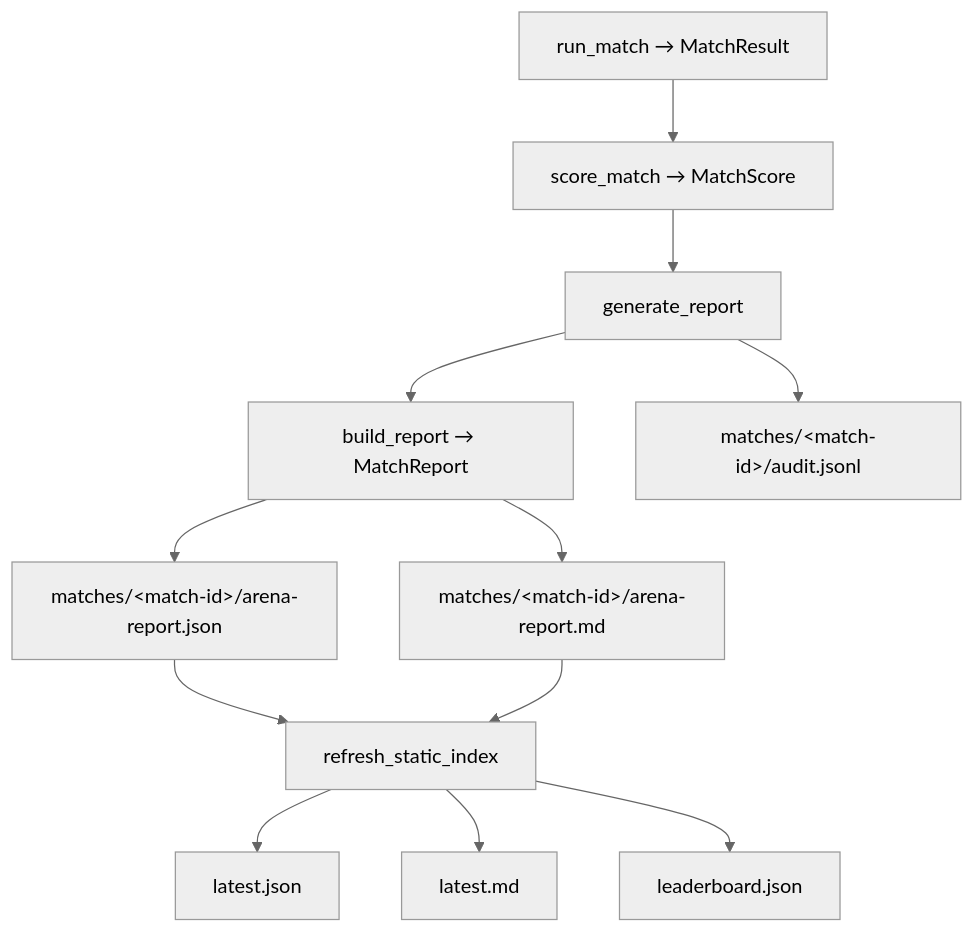
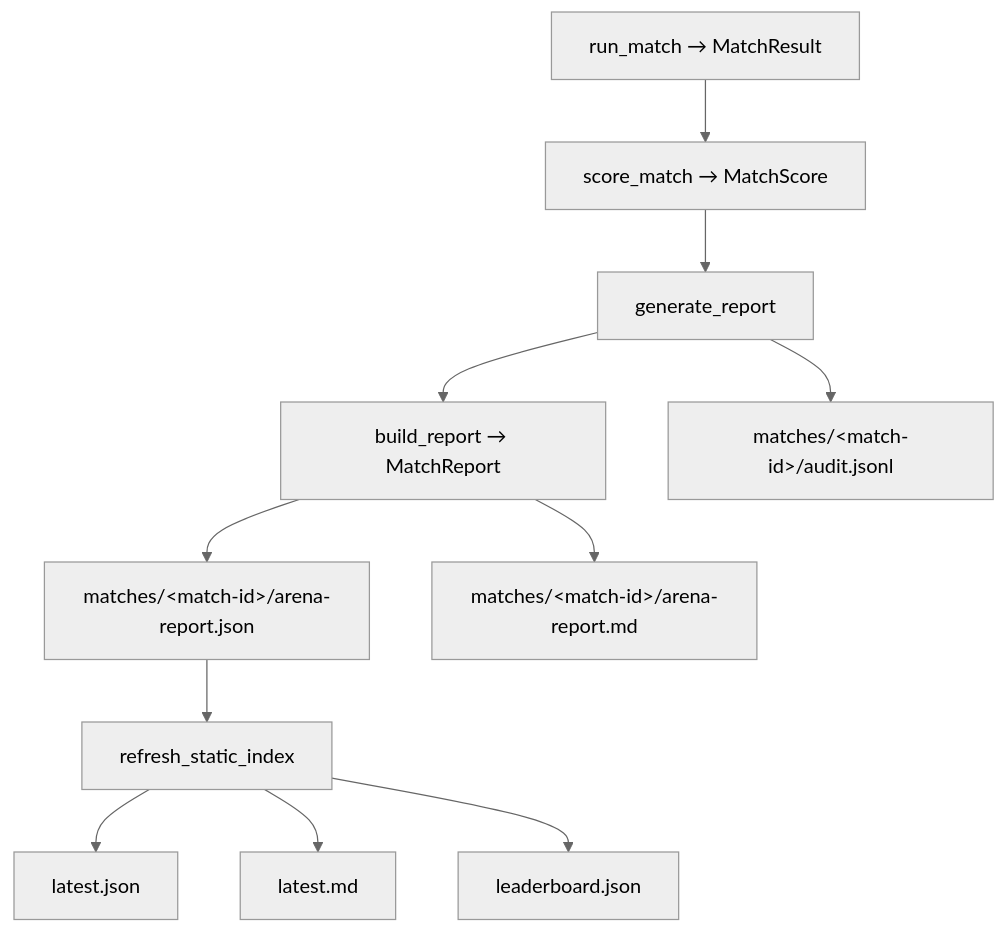
One commit to ai-agent-assembly/arena changed the diagram in docs/report-schema.md. Above: the diagram before and after it, drawn with Mermaid (neutral theme).

Commit message:
🐛 docs: Fix inaccurate arena-report.md read-back edge in report-schema diagram
`_discover_match_reports` (src/arena/reports/index.py) only globs
arena-report.json files under reports_root — it never reads
arena-report.md back. latest.md is rendered fresh from the in-memory
MatchReport via render_markdown(), not read from any arena-report.md
on disk, so the F --> H edge in the report generation flowchart was
wrong.

````diff
--- a/docs/report-schema.md
+++ b/docs/report-schema.md
@@ -42,14 +42,13 @@
 ```mermaid
 flowchart TD
     A[run_match → MatchResult] --> B[score_match → MatchScore]
     B --> C[generate_report]
     C --> D[build_report → MatchReport]
     D --> E[matches/&lt;match-id&gt;/arena-report.json]
     D --> F[matches/&lt;match-id&gt;/arena-report.md]
     C --> G[matches/&lt;match-id&gt;/audit.jsonl]
     E --> H[refresh_static_index]
-    F --> H
     H --> I[latest.json]
     H --> J[latest.md]
     H --> K[leaderboard.json]
 ```
````
